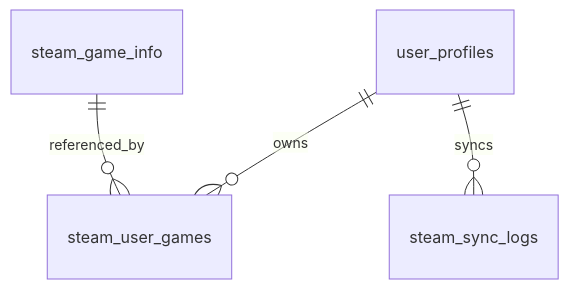
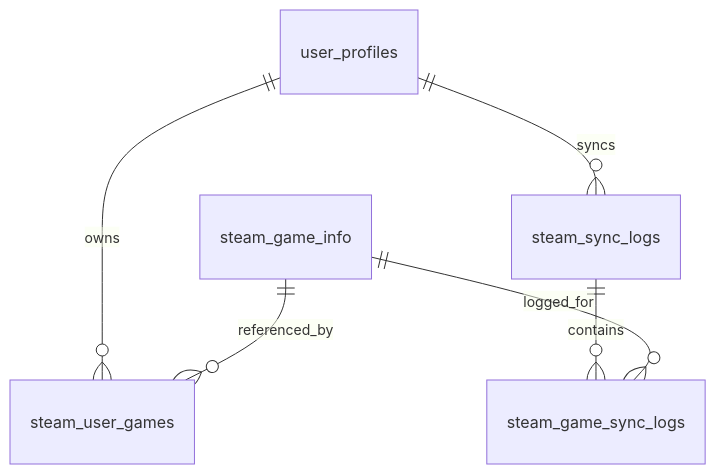
Before and after one commit to szeunkk/ReadyGo: the fifth of 7 diagrams in docs/database/02-domain-erd.md, drawn with Mermaid. The commit also changed other lines of this file and 5 other files, not shown here.

````diff
--- a/docs/database/02-domain-erd.md
+++ b/docs/database/02-domain-erd.md
@@ -85,6 +85,10 @@
 ```mermaid
 erDiagram
   user_profiles ||--o{ steam_user_games : owns
   steam_game_info ||--o{ steam_user_games : referenced_by
+
   user_profiles ||--o{ steam_sync_logs : syncs
+  steam_sync_logs ||--o{ steam_game_sync_logs : contains
+
+  steam_game_info ||--o{ steam_game_sync_logs : logged_for
 ```
````
